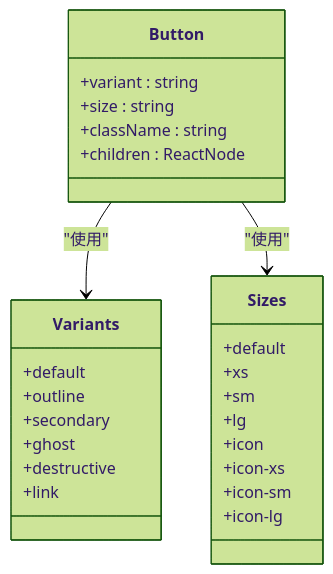
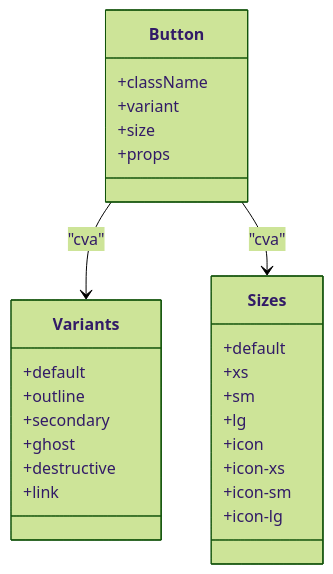
The third of 10 diagrams in .qoder/repowiki/ja/content/フロントエンドアーキテクチャ/UIコンポーネント.md (ss8806/Todos), drawn with Mermaid (forest theme) before and after one commit. The commit also changed other lines of this file and 106 other files, not shown here.

````diff
--- a/.qoder/repowiki/ja/content/フロントエンドアーキテクチャ/UIコンポーネント.md
+++ b/.qoder/repowiki/ja/content/フロントエンドアーキテクチャ/UIコンポーネント.md
@@ -174,29 +223,29 @@
 ```mermaid
 classDiagram
 class Button {
-+variant : string
-+size : string
-+className : string
-+children : ReactNode
++className
++variant
++size
++props
 }
 class Variants {
 +default
 +outline
 +secondary
 +ghost
 +destructive
 +link
 }
 class Sizes {
 +default
 +xs
 +sm
 +lg
 +icon
 +icon-xs
 +icon-sm
 +icon-lg
 }
-Button --> Variants : "使用"
-Button --> Sizes : "使用"
+Button --> Variants : "cva"
+Button --> Sizes : "cva"
 ```
````
